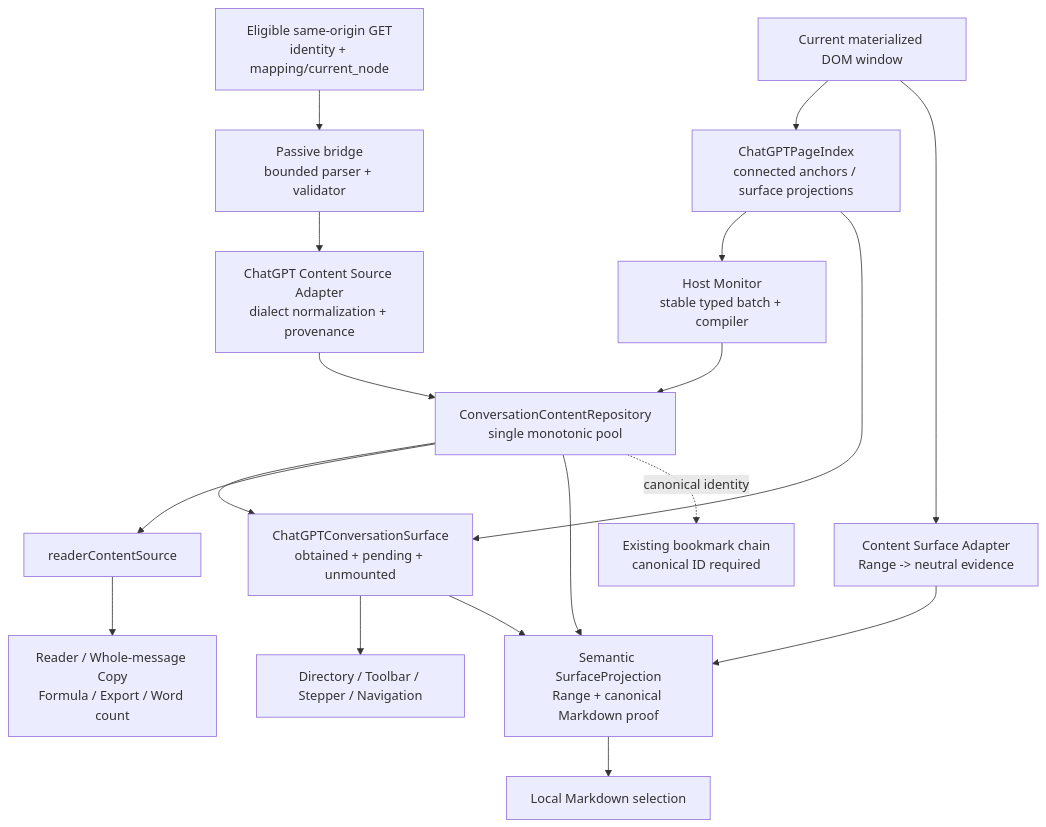
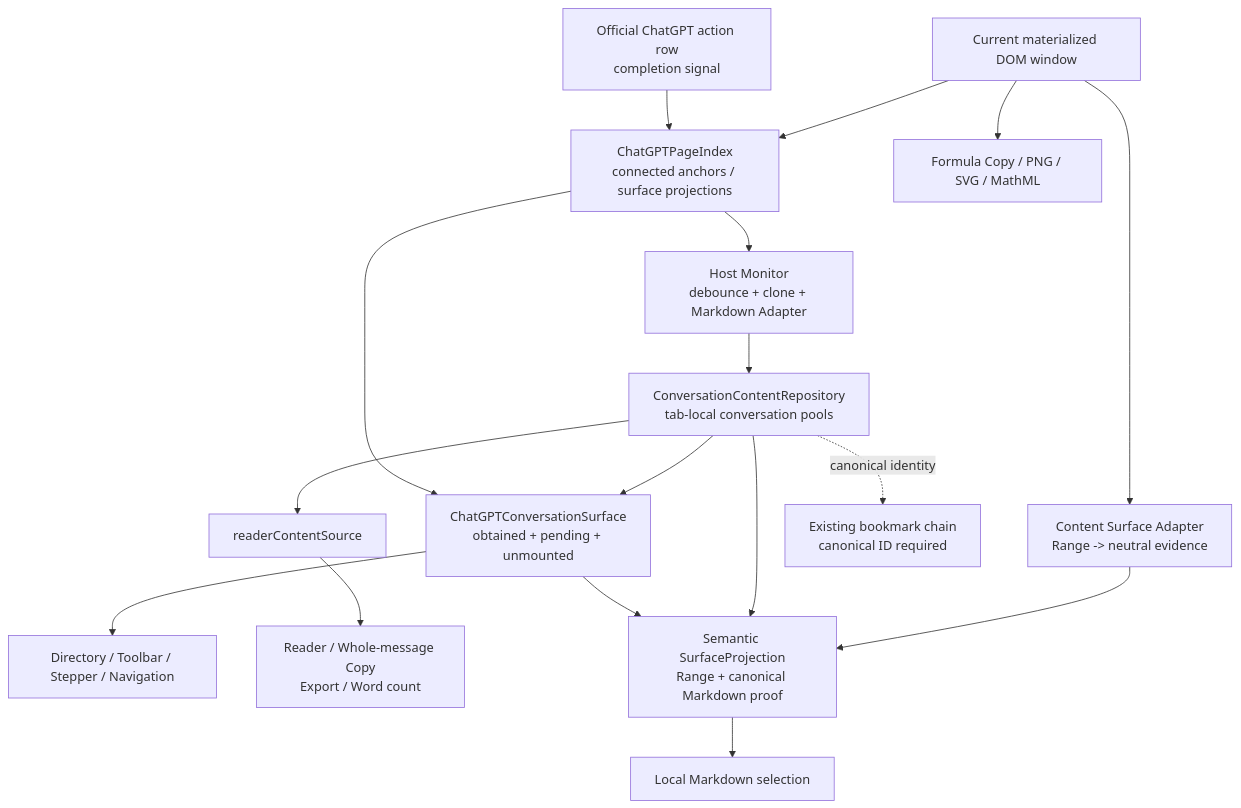
One commit to zhaoliangbin42/AI-MarkDone changed the diagram in docs/architecture/CURRENT_STATE.md. Above: the diagram before and after it, drawn with Mermaid. The commit also changed other lines of this file and 58 other files, not shown here.

Commit message:
refactor(chatgpt): use DOM-authoritative content pool

````diff
--- a/docs/architecture/CURRENT_STATE.md
+++ b/docs/architecture/CURRENT_STATE.md
@@ -212,35 +205,33 @@
 ```mermaid
 flowchart TD
-    Graph["Eligible same-origin GET<br/>identity + mapping/current_node"]
-    Bridge["Passive bridge<br/>bounded parser + validator"]
-    Adapter["ChatGPT Content Source Adapter<br/>dialect normalization + provenance"]
-    HostMonitor["Host Monitor<br/>stable typed batch + compiler"]
-    Repository["ConversationContentRepository<br/>single monotonic pool"]
+    Action["Official ChatGPT action row<br/>completion signal"]
+    HostMonitor["Host Monitor<br/>debounce + clone + Markdown Adapter"]
+    Repository["ConversationContentRepository<br/>tab-local conversation pools"]
     DOM["Current materialized DOM window"]
     PageIndex["ChatGPTPageIndex<br/>connected anchors / surface projections"]
     ConversationSurface["ChatGPTConversationSurface<br/>obtained + pending + unmounted"]
     SurfaceConsumers["Directory / Toolbar / Stepper / Navigation"]
     ReaderSource["readerContentSource"]
-    BodyConsumers["Reader / Whole-message Copy<br/>Formula / Export / Word count"]
+    BodyConsumers["Reader / Whole-message Copy<br/>Export / Word count"]
+    FormulaConsumers["Formula Copy / PNG / SVG / MathML"]
     SurfaceAdapter["Content Surface Adapter<br/>Range -> neutral evidence"]
     SurfaceProjection["Semantic SurfaceProjection<br/>Range + canonical Markdown proof"]
     SelectionConsumers["Local Markdown selection"]
     Bookmark["Existing bookmark chain<br/>canonical ID required"]
 
-    Graph --> Bridge
-    Bridge --> Adapter
-    Adapter --> Repository
     DOM --> PageIndex
+    Action --> PageIndex
     PageIndex --> HostMonitor
     HostMonitor --> Repository
     Repository --> ConversationSurface
     PageIndex --> ConversationSurface
     ConversationSurface --> SurfaceConsumers
     Repository --> ReaderSource --> BodyConsumers
+    DOM --> FormulaConsumers
     DOM --> SurfaceAdapter
     SurfaceAdapter --> SurfaceProjection
     Repository --> SurfaceProjection
     ConversationSurface --> SurfaceProjection
     SurfaceProjection --> SelectionConsumers
     Repository -. "canonical identity" .-> Bookmark
 ```
````
